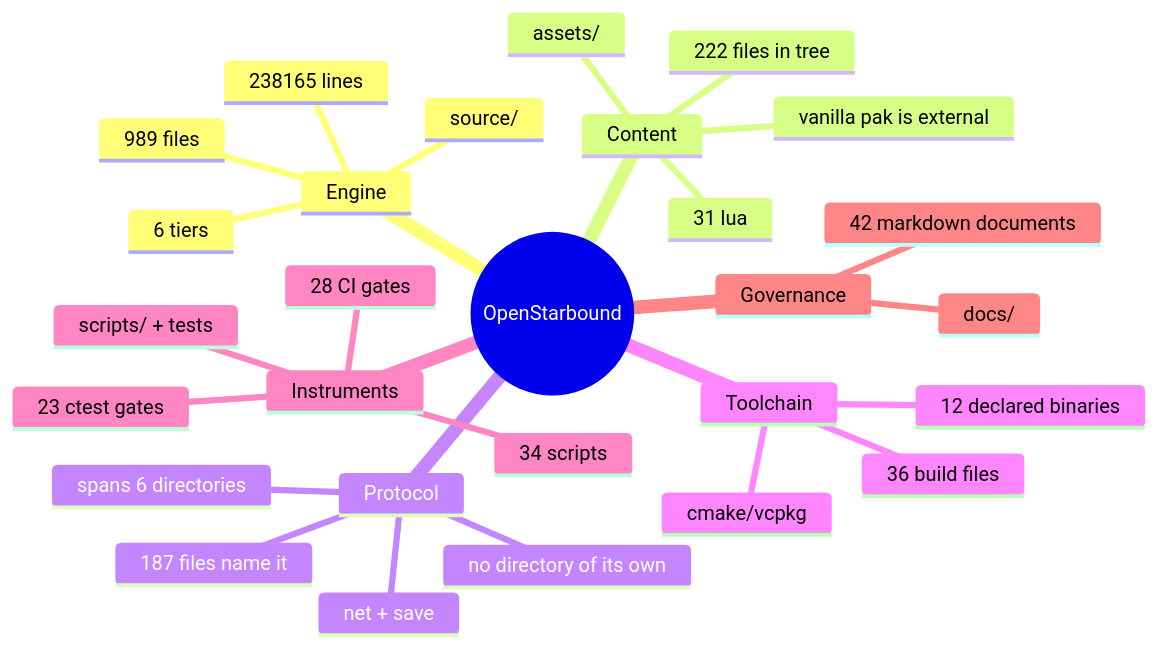
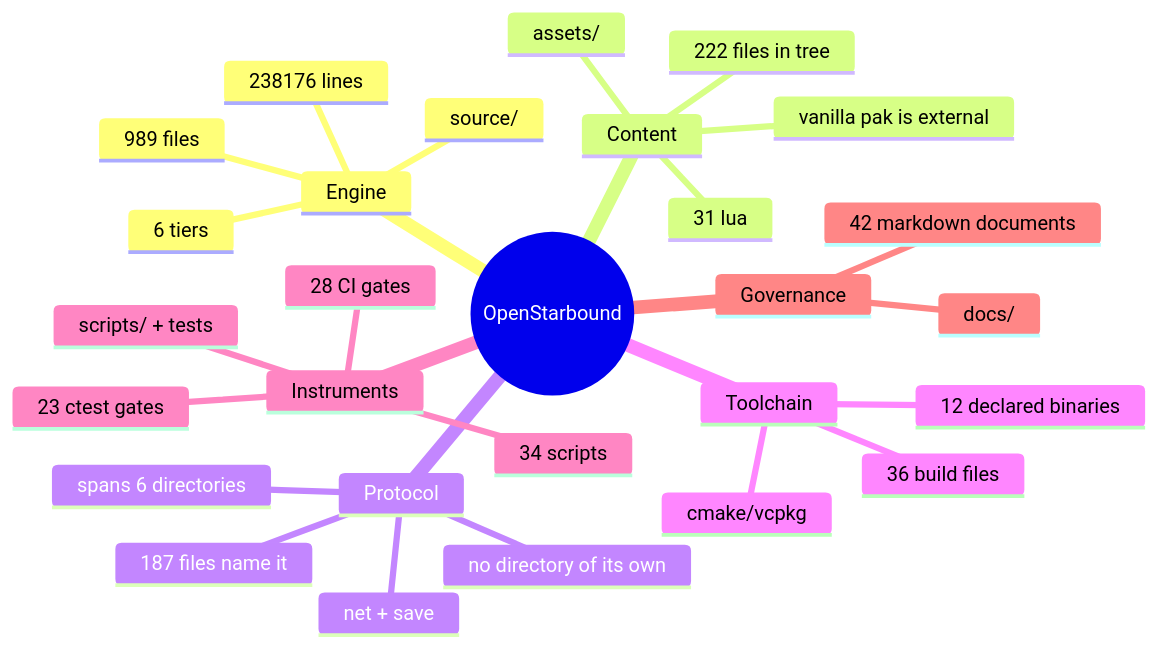
One commit to apnex/OpenStarbound changed the second of 11 diagrams in docs/architecture/system-boundaries.md. Above: the diagram before and after it, drawn with Mermaid. The commit also changed other lines of this file and 3 other files, not shown here.

````diff
--- a/docs/architecture/system-boundaries.md
+++ b/docs/architecture/system-boundaries.md
@@ -166,31 +166,31 @@
 ```mermaid
 mindmap
   root((OpenStarbound))
     Engine
       source/
       989 files
-      238165 lines
+      238176 lines
       6 tiers
     Content
       assets/
       222 files in tree
       31 lua
       vanilla pak is external
     Protocol
       net + save
       187 files name it
       spans 6 directories
       no directory of its own
     Toolchain
       cmake/vcpkg
       36 build files
       12 declared binaries
     Instruments
       scripts/ + tests
       34 scripts
       23 ctest gates
       28 CI gates
     Governance
       docs/
       42 markdown documents
 ```
````
